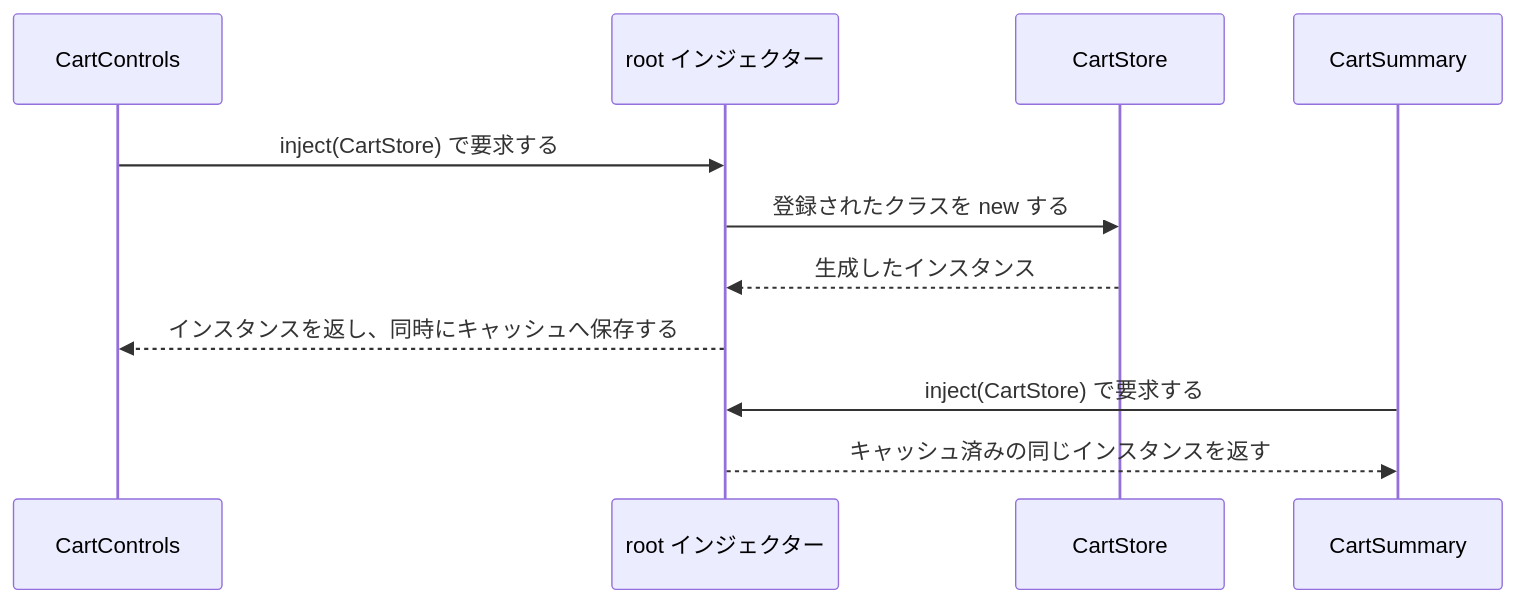
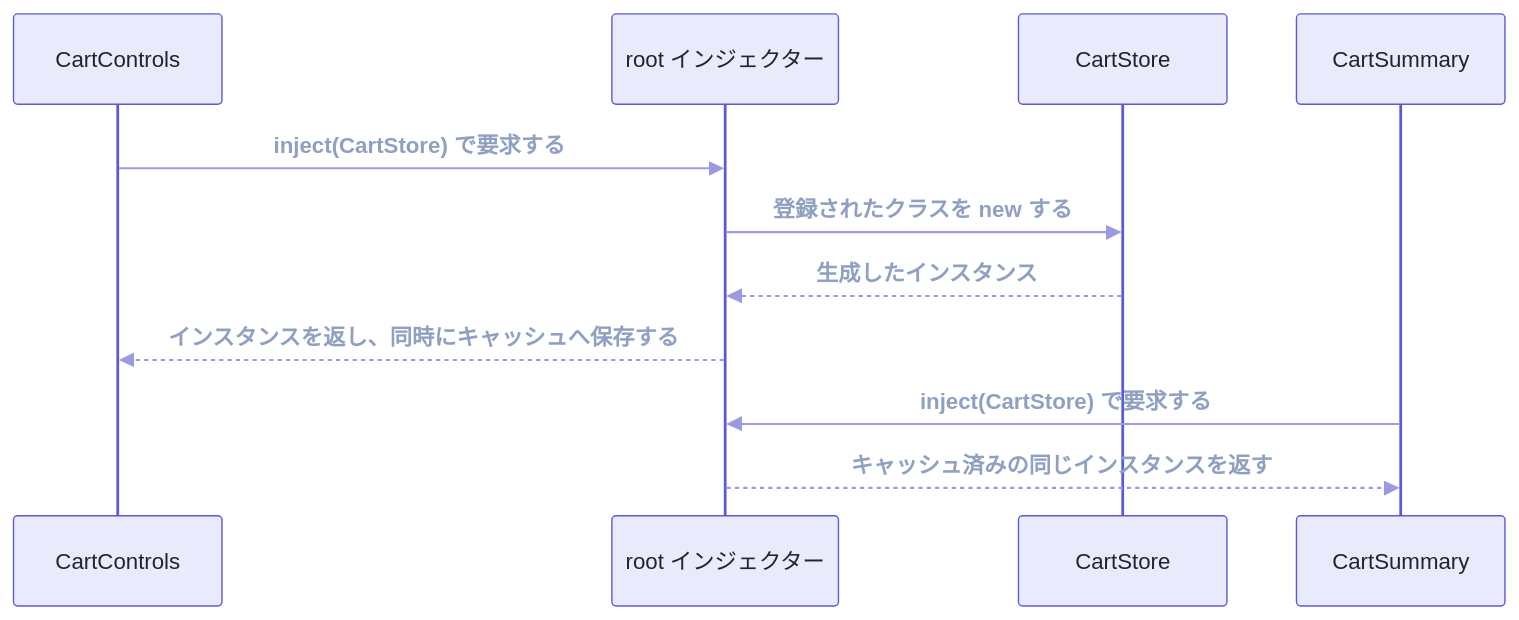
Before and after one commit to nagahara-naoki/zenn: the first of 3 diagrams in articles/c3d81a5f4e29b6.md, drawn with Mermaid. The commit also changed other lines of this file, not shown here.

````diff
--- a/articles/c3d81a5f4e29b6.md
+++ b/articles/c3d81a5f4e29b6.md
@@ -166,14 +172,15 @@
 ```mermaid
+%%{init: {'theme': 'base', 'sequence': {'messageFontWeight': 'bold', 'messageFontSize': 15}, 'themeVariables': {'actorBkg': '#eaeafd', 'actorBorder': '#5b5bd6', 'actorTextColor': '#1f2430', 'signalColor': '#9a9ae0', 'signalTextColor': '#8fa0c0', 'labelBoxBkgColor': '#eaeafd', 'labelTextColor': '#1f2430', 'noteBkgColor': '#eaeafd', 'noteTextColor': '#1f2430', 'noteBorderColor': '#5b5bd6'}}}%%
 sequenceDiagram
   participant C1 as CartControls
   participant I as root インジェクター
   participant S as CartStore
   participant C2 as CartSummary
 
   C1->>I: inject(CartStore) で要求する
   I->>S: 登録されたクラスを new する
   S-->>I: 生成したインスタンス
   I-->>C1: インスタンスを返し、同時にキャッシュへ保存する
   C2->>I: inject(CartStore) で要求する
   I-->>C2: キャッシュ済みの同じインスタンスを返す
 ```
````
